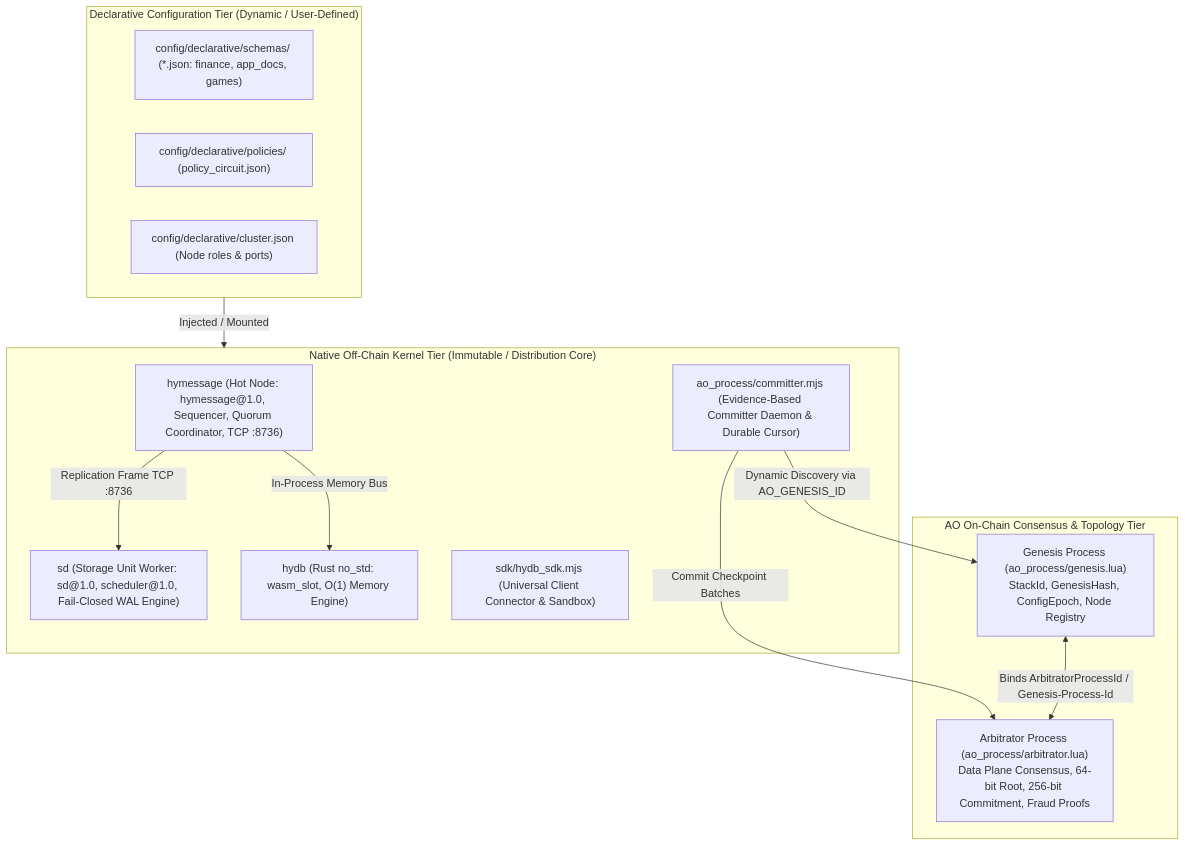
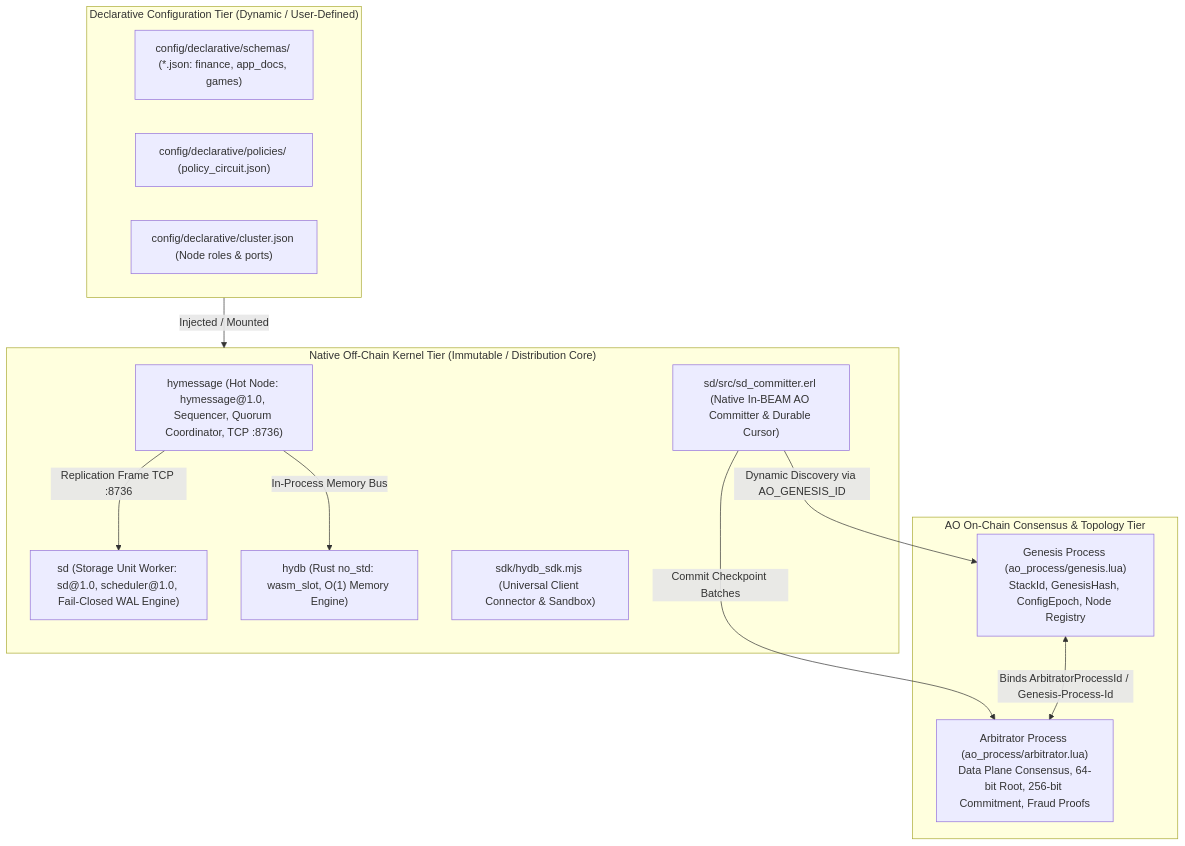
The diagram in README.md (Wesslurr/database-stack-on-permaweb), drawn with Mermaid before and after one commit. The commit also changed other lines of this file and 21 other files, not shown here.

````diff
--- a/README.md
+++ b/README.md
@@ -25,28 +25,28 @@
 ```mermaid
 flowchart TD
     subgraph OnChainAO ["AO On-Chain Consensus & Topology Tier"]
         GenesisProc["Genesis Process (ao_process/genesis.lua)\nStackId, GenesisHash, ConfigEpoch, Node Registry"]
         ArbitratorProc["Arbitrator Process (ao_process/arbitrator.lua)\nData Plane Consensus, 64-bit Root, 256-bit Commitment, Fraud Proofs"]
     end
 
     subgraph NativeCore ["Native Off-Chain Kernel Tier (Immutable / Distribution Core)"]
         HotNode["hymessage (Hot Node: hymessage@1.0, Sequencer, Quorum Coordinator, TCP :8736)"]
         SDPool["sd (Storage Unit Worker: sd@1.0, scheduler@1.0, Fail-Closed WAL Engine)"]
         RustWasm["hydb (Rust no_std: wasm_slot, O(1) Memory Engine)"]
-        Committer["ao_process/committer.mjs (Evidence-Based Committer Daemon & Durable Cursor)"]
+        Committer["sd/src/sd_committer.erl (Native In-BEAM AO Committer & Durable Cursor)"]
         SdkClient["sdk/hydb_sdk.mjs (Universal Client Connector & Sandbox)"]
     end
 
     subgraph DeclarativeConfig ["Declarative Configuration Tier (Dynamic / User-Defined)"]
         Schemas["config/declarative/schemas/ (*.json: finance, app_docs, games)"]
         Policies["config/declarative/policies/ (policy_circuit.json)"]
         ClusterManifest["config/declarative/cluster.json (Node roles & ports)"]
     end
 
     GenesisProc <-->|Binds ArbitratorProcessId / Genesis-Process-Id| ArbitratorProc
     Committer -->|Dynamic Discovery via AO_GENESIS_ID| GenesisProc
     Committer -->|Commit Checkpoint Batches| ArbitratorProc
     HotNode -->|Replication Frame TCP :8736| SDPool
     HotNode -->|In-Process Memory Bus| RustWasm
     DeclarativeConfig -->|"Injected / Mounted"| NativeCore
 ```
````
